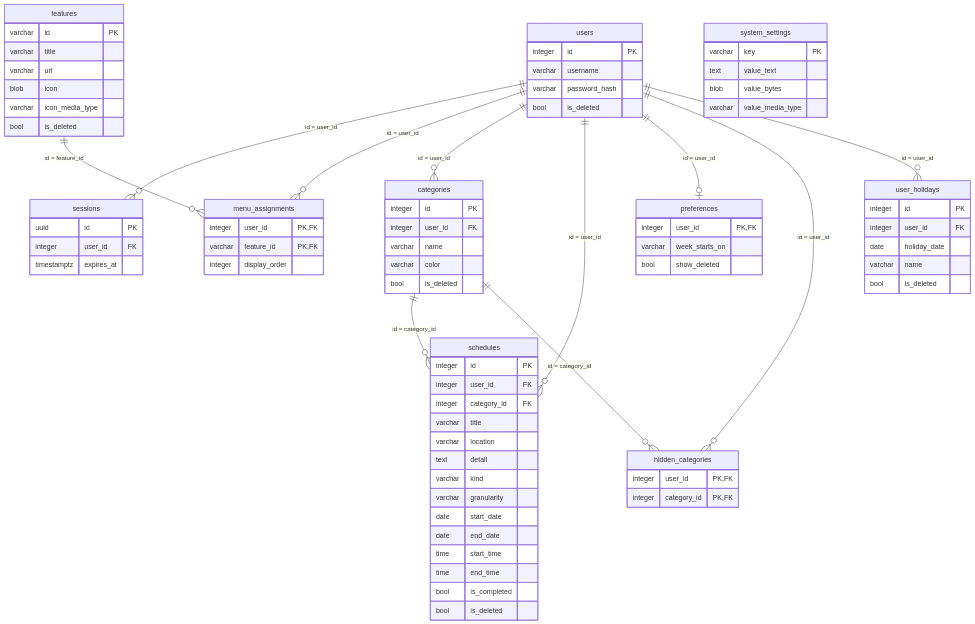
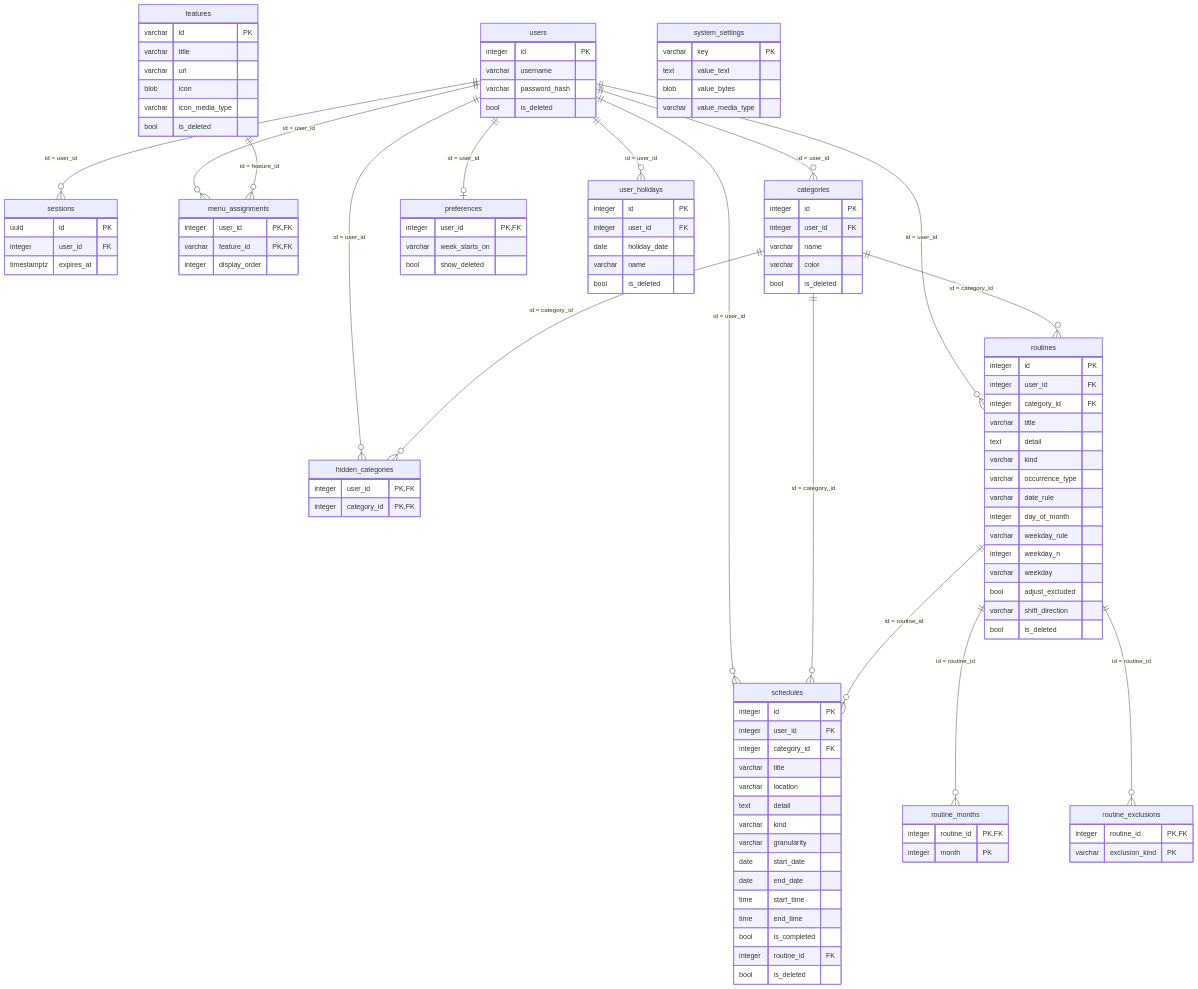
One commit to u1tym/cursor_web2 changed the diagram in docs/specs/schedule/db-design.md. Above: the diagram before and after it, drawn with Mermaid. The commit also changed other lines of this file and 16 other files, not shown here.

````diff
--- a/docs/specs/schedule/db-design.md
+++ b/docs/specs/schedule/db-design.md
@@ -29,8 +29,13 @@
     users ||--o| preferences : "id = user_id"
     users ||--o{ hidden_categories : "id = user_id"
     users ||--o{ user_holidays : "id = user_id"
+    users ||--o{ routines : "id = user_id"
     categories ||--o{ schedules : "id = category_id"
     categories ||--o{ hidden_categories : "id = category_id"
+    categories ||--o{ routines : "id = category_id"
+    routines ||--o{ schedules : "id = routine_id"
+    routines ||--o{ routine_months : "id = routine_id"
+    routines ||--o{ routine_exclusions : "id = routine_id"
     users {
         integer id PK
         varchar username
@@ -82,6 +87,7 @@
         time start_time
         time end_time
         bool is_completed
+        integer routine_id FK
         bool is_deleted
     }
     preferences {
@@ -100,4 +106,29 @@
         varchar name
         bool is_deleted
     }
+    routines {
+        integer id PK
+        integer user_id FK
+        integer category_id FK
+        varchar title
+        text detail
+        varchar kind
+        varchar occurrence_type
+        varchar date_rule
+        integer day_of_month
+        varchar weekday_rule
+        integer weekday_n
+        varchar weekday
+        bool adjust_excluded
+        varchar shift_direction
+        bool is_deleted
+    }
+    routine_months {
+        integer routine_id PK, FK
+        integer month PK
+    }
+    routine_exclusions {
+        integer routine_id PK, FK
+        varchar exclusion_kind PK
+    }
 ```
````
